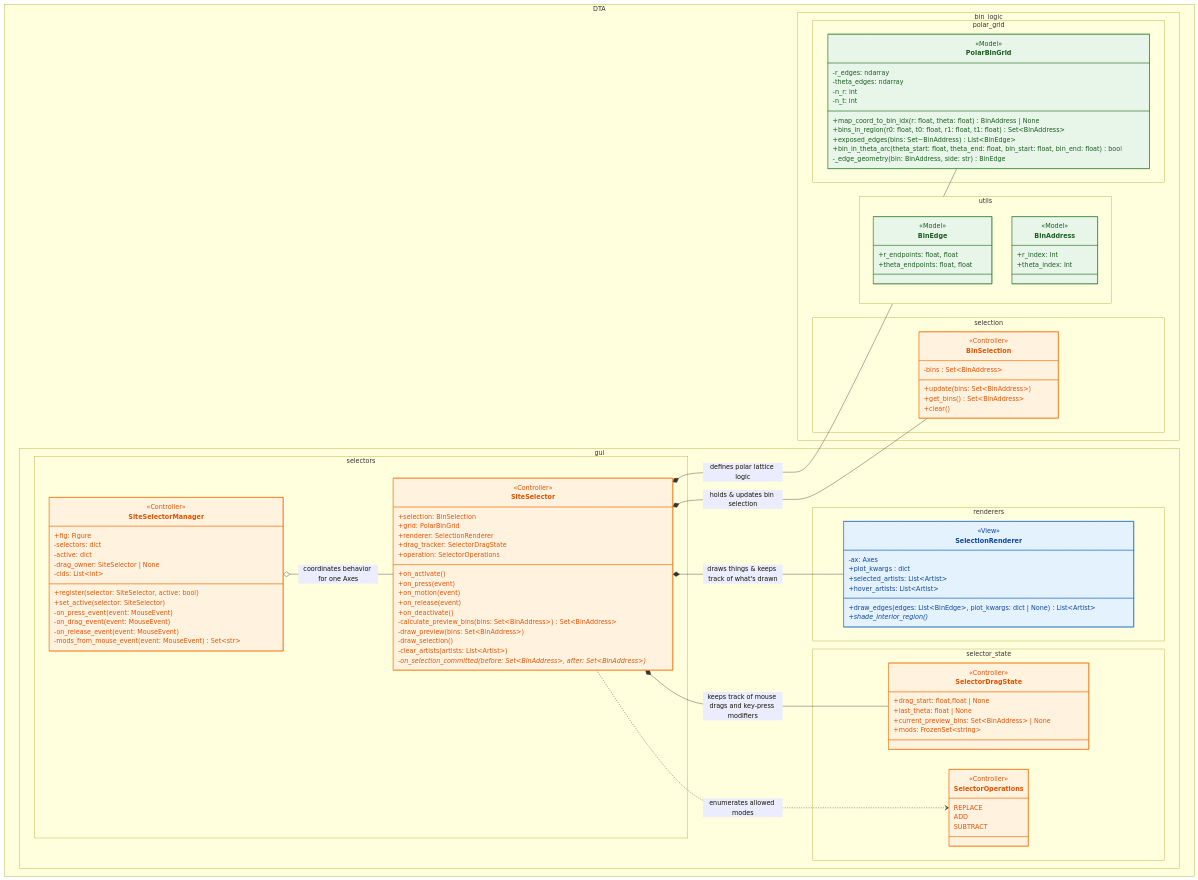
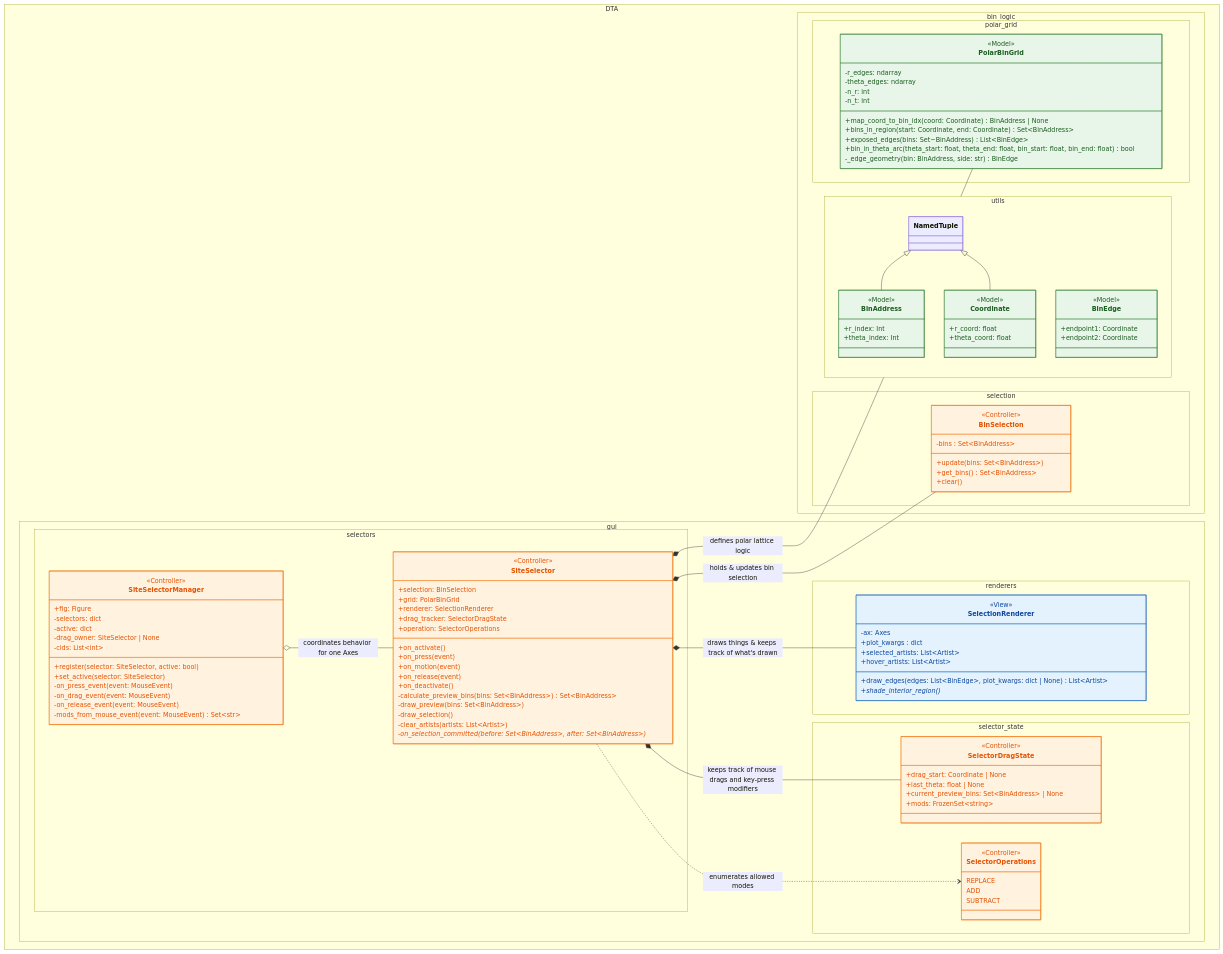
The first of 4 diagrams in python/dta/gui/README.md (BranniganLab/density_threshold_affinity), drawn with Mermaid before and after one commit.

Commit message:
update mermaid diagram

```diff
--- a/python/dta/gui/README.md
+++ b/python/dta/gui/README.md
@@ -46,8 +46,9 @@
 %% =========================
 
 class PolarBinGrid:::model
+class BinAddress:::model
+class Coordinate:::model
 class BinEdge:::model
-class BinAddress:::model
 
 class SelectionRenderer:::view
 
@@ -58,8 +59,9 @@
 class BinSelection:::controller
 
 <<Model>> PolarBinGrid
+<<Model>> BinAddress
+<<Model>> Coordinate
 <<Model>> BinEdge
-<<Model>> BinAddress
 
 <<View>> SelectionRenderer
 
@@ -80,8 +82,8 @@
     -theta_edges: ndarray
     -n_r: int
     -n_t: int
-    +map_coord_to_bin_idx(r: float, theta: float) BinAddress | None
-    +bins_in_region(r0: float, t0: float, r1: float, t1: float) Set~BinAddress~
+    +map_coord_to_bin_idx(coord: Coordinate) BinAddress | None
+    +bins_in_region(start: Coordinate, end: Coordinate) Set~BinAddress~
     +exposed_edges(bins: Set~BinAddress) List~BinEdge~
     +bin_in_theta_arc(theta_start: float, theta_end: float, bin_start: float, bin_end: float) bool
     -_edge_geometry(bin: BinAddress, side: str) BinEdge
@@ -89,14 +91,18 @@
 }
 
 namespace DTA.bin_logic.utils {
-class BinEdge {
-    +r_endpoints: float, float
-    +theta_endpoints: float, float
-}
-
+class NamedTuple {}
 class BinAddress {
     +r_index: Int
     +theta_index: Int
+}
+class Coordinate {
+    +r_coord: float
+    +theta_coord: float
+}
+class BinEdge {
+    +endpoint1: Coordinate
+    +endpoint2: Coordinate
 }
 }
 
@@ -136,7 +142,7 @@
 
 class SelectorDragState {
     <<dataclass>>
-    +drag_start: float,float | None
+    +drag_start: Coordinate | None
     +last_theta: float | None
     +current_preview_bins: Set~BinAddress~ | None
     +mods: FrozenSet~string~
@@ -188,6 +194,9 @@
 
 SiteSelectorManager o-- SiteSelector : coordinates behavior for one Axes
 
+NamedTuple <|-- BinAddress
+NamedTuple <|-- Coordinate
+
 %% =========================
 %% Styling (MVC color coding)
 %% =========================
```
